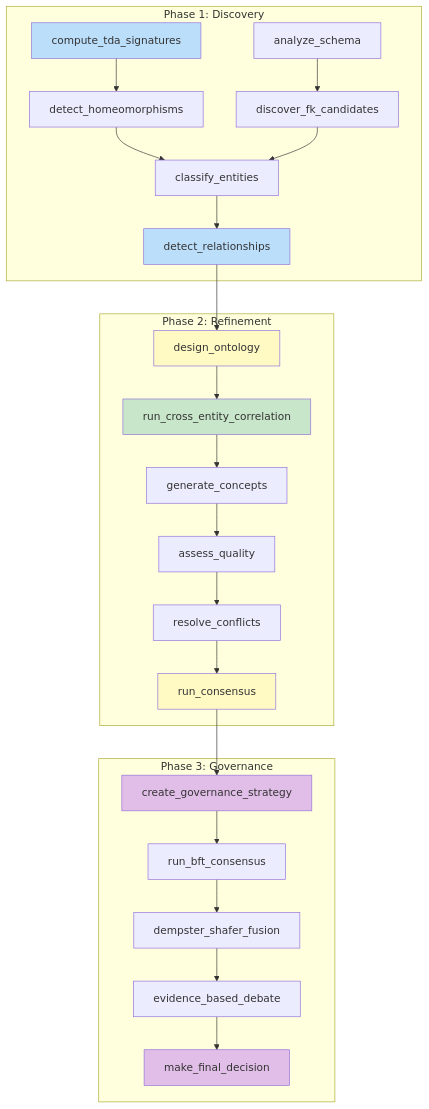
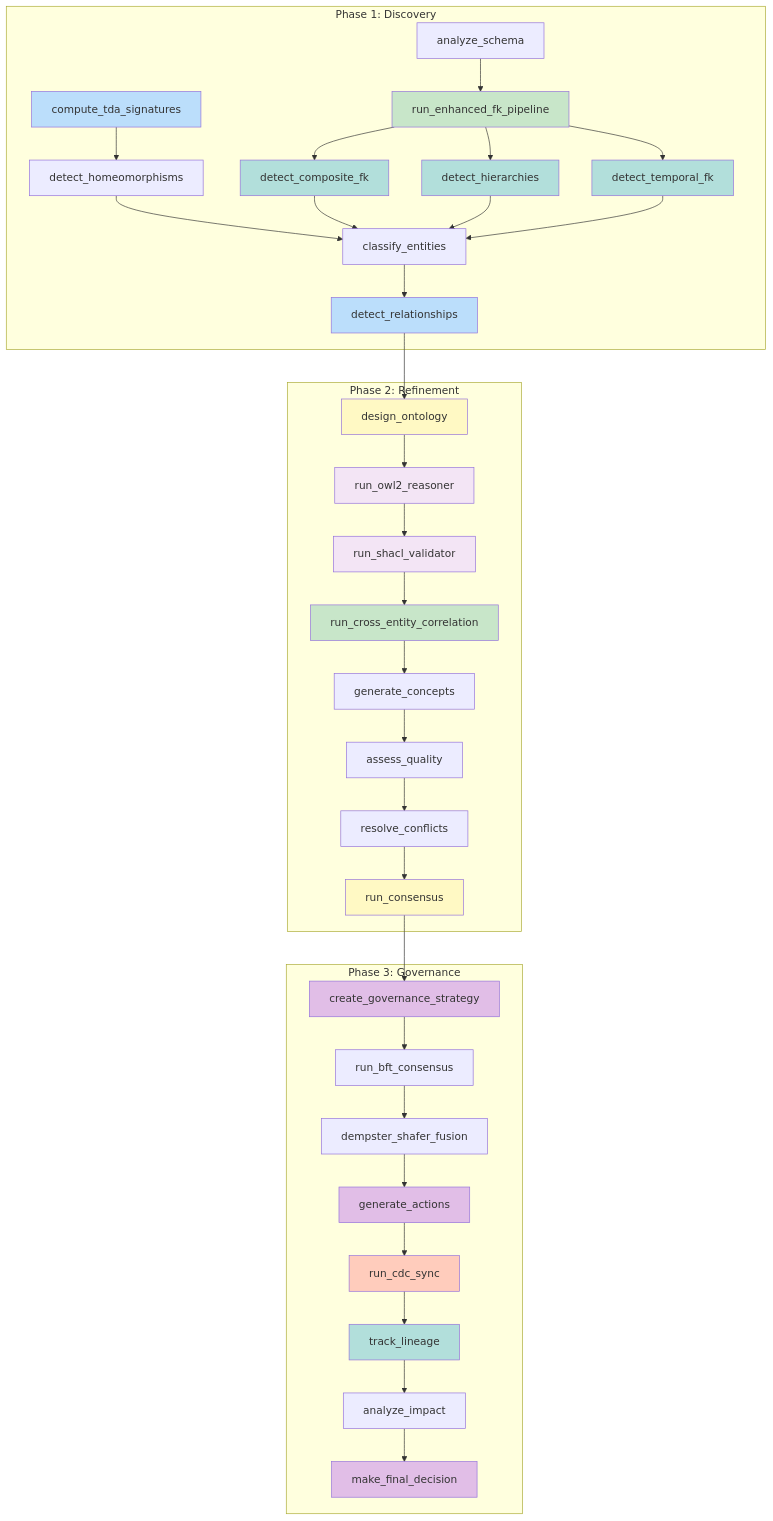
Before and after one commit to sabill123/ontology: the seventh of 9 diagrams in docs/diagrams/03-pipeline-workflow.md, drawn with Mermaid. The commit also changed other lines of this file and 176 other files, not shown here.

````diff
--- a/docs/diagrams/03-pipeline-workflow.md
+++ b/docs/diagrams/03-pipeline-workflow.md
@@ -357,55 +470,78 @@
 ```mermaid
 graph TB
     subgraph DISCOVERY["Phase 1: Discovery"]
         D1[compute_tda_signatures]
         D2[analyze_schema]
         D3[detect_homeomorphisms]
-        D4[discover_fk_candidates]
-        D5[classify_entities]
-        D6[detect_relationships]
+        D4[run_enhanced_fk_pipeline]
+        D5[detect_composite_fk]
+        D6[detect_hierarchies]
+        D7[detect_temporal_fk]
+        D8[classify_entities]
+        D9[detect_relationships]
 
         D1 --> D3
         D2 --> D4
-        D3 --> D5
-        D4 --> D5
-        D5 --> D6
+        D4 --> D5 & D6 & D7
+        D3 --> D8
+        D5 & D6 & D7 --> D8
+        D8 --> D9
     end
 
     subgraph REFINEMENT["Phase 2: Refinement"]
         R1[design_ontology]
-        R2[run_cross_entity_correlation]
-        R3[generate_concepts]
-        R4[assess_quality]
-        R5[resolve_conflicts]
-        R6[run_consensus]
+        R2[run_owl2_reasoner]
+        R3[run_shacl_validator]
+        R4[run_cross_entity_correlation]
+        R5[generate_concepts]
+        R6[assess_quality]
+        R7[resolve_conflicts]
+        R8[run_consensus]
 
-        D6 --> R1
+        D9 --> R1
         R1 --> R2
         R2 --> R3
         R3 --> R4
         R4 --> R5
         R5 --> R6
+        R6 --> R7
+        R7 --> R8
     end
 
     subgraph GOVERNANCE["Phase 3: Governance"]
         G1[create_governance_strategy]
         G2[run_bft_consensus]
         G3[dempster_shafer_fusion]
-        G4[evidence_based_debate]
-        G5[make_final_decision]
+        G4[generate_actions]
+        G5[run_cdc_sync]
+        G6[track_lineage]
+        G7[analyze_impact]
+        G8[make_final_decision]
 
-        R6 --> G1
+        R8 --> G1
         G1 --> G2
         G2 --> G3
         G3 --> G4
         G4 --> G5
+        G5 --> G6
+        G6 --> G7
+        G7 --> G8
     end
 
     style D1 fill:#bbdefb
-    style D6 fill:#bbdefb
+    style D4 fill:#c8e6c9
+    style D5 fill:#b2dfdb
+    style D6 fill:#b2dfdb
+    style D7 fill:#b2dfdb
+    style D9 fill:#bbdefb
     style R1 fill:#fff9c4
-    style R2 fill:#c8e6c9
-    style R6 fill:#fff9c4
+    style R2 fill:#f3e5f5
+    style R3 fill:#f3e5f5
+    style R4 fill:#c8e6c9
+    style R8 fill:#fff9c4
     style G1 fill:#e1bee7
-    style G5 fill:#e1bee7
+    style G4 fill:#e1bee7
+    style G5 fill:#ffccbc
+    style G6 fill:#b2dfdb
+    style G8 fill:#e1bee7
 ```
````
